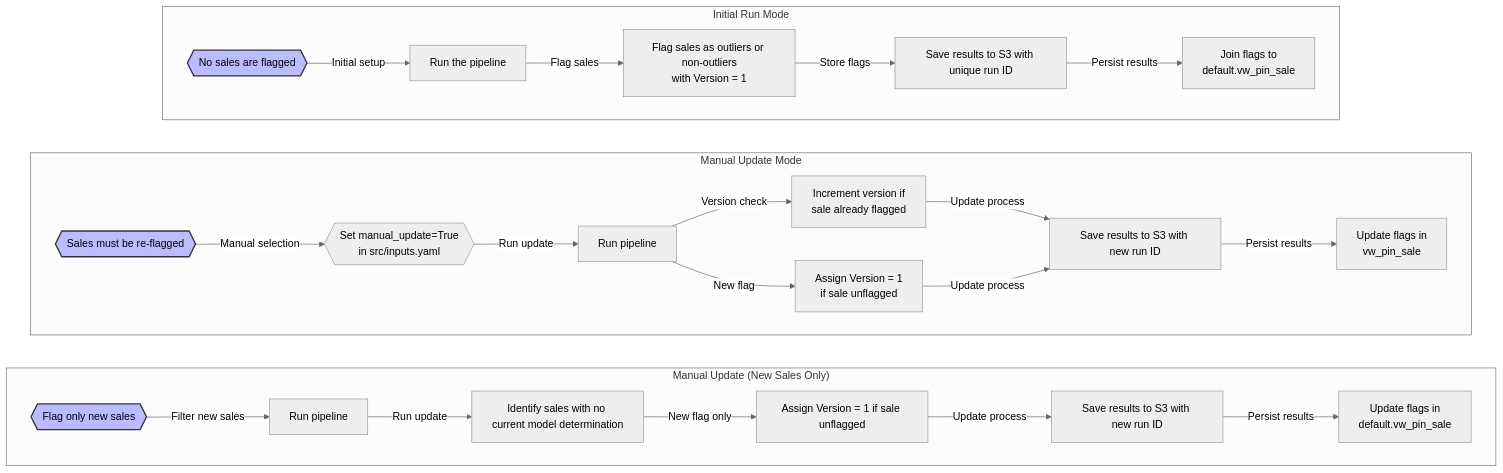
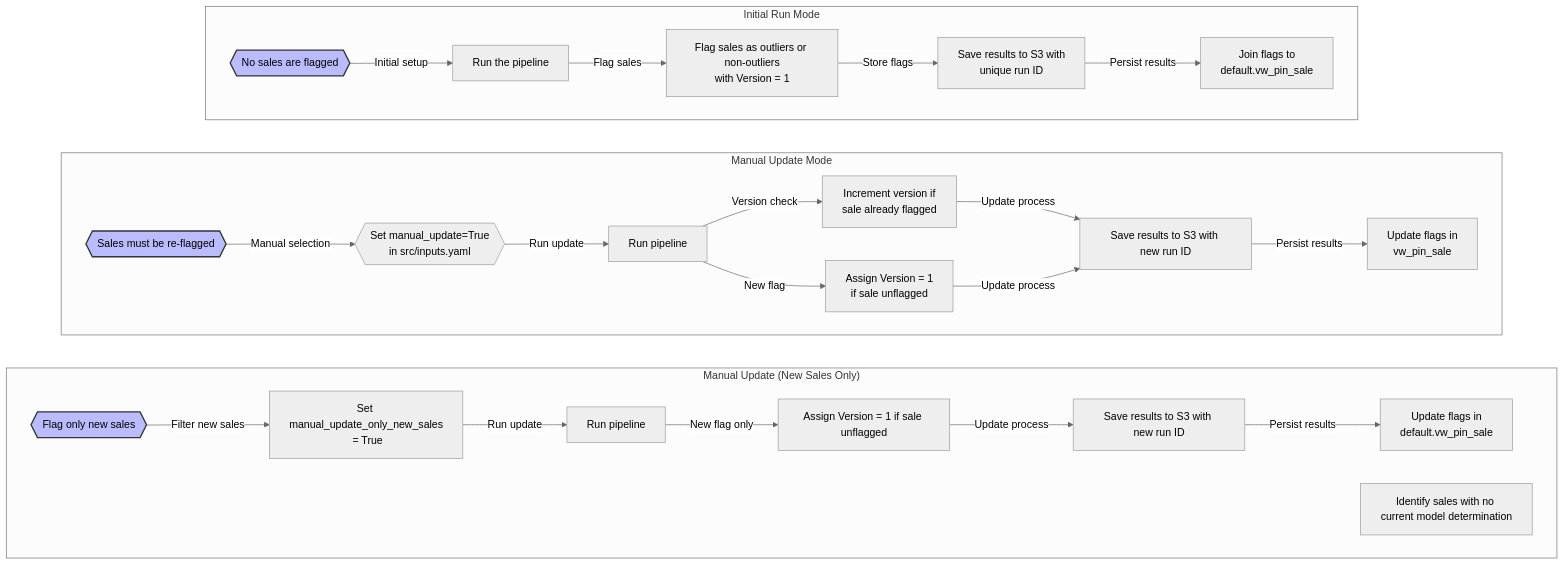
Before and after one commit to ccao-data/model-sales-val: the first of 2 diagrams in README.md, drawn with Mermaid (neutral theme).

Commit message:
Update mermaid

````diff
--- a/README.md
+++ b/README.md
@@ -93,58 +93,59 @@
 ```mermaid
 graph TB
     subgraph initial["Initial Run Mode"]
         direction LR
         A1{{"No sales are flagged"}}
         B1[Run the pipeline]
         C1[Flag sales as outliers or non-outliers<br>with Version = 1]
-        D1[Save results to S3 with unique run ID]
+        D1[Save results to S3 with <br>unique run ID]
         E1[Join flags to<br>default.vw_pin_sale]
 
         A1 -->|Initial setup| B1
         B1 -->|Flag sales| C1
         C1 -->|Store flags| D1
         D1 -->|Persist results| E1
     end
 
     subgraph manual["Manual Update Mode"]
         direction LR
         A3{{"Sales must be re-flagged"}}
         B3{{"Set manual_update=True<br> in src/inputs.yaml"}}
         C3[Run pipeline]
         D3[Increment version if <br>sale already flagged]
         E3[Assign Version = 1 <br>if sale unflagged]
         F3[Save results to S3 with new run ID]
         G3[Update flags in <br>vw_pin_sale]
 
         A3 -->|Manual selection| B3
         B3 -->|Run update| C3
         C3 -->|Version check| D3
         D3 -->|Update process| F3
         C3 -->|New flag| E3
         E3 -->|Update process| F3
         F3 -->|Persist results| G3
     end
 
     subgraph new_only["Manual Update (New Sales Only)"]
         direction LR
         A4{{"Flag only new sales"}}
-        B4[Run pipeline]
-        C4[Identify sales with no current model determination]
+        B4[Set manual_update_only_new_sales<br> = True]
+        C4[Run pipeline]
+        D4[Identify sales with no current model determination]
         E4[Assign Version = 1 if sale unflagged]
         F4[Save results to S3 with new run ID]
         G4[Update flags in <br>default.vw_pin_sale]
 
         A4 -->|Filter new sales| B4
         B4 -->|Run update| C4
         C4 -->|New flag only| E4
         E4 -->|Update process| F4
         F4 -->|Persist results| G4
     end
 
     initial ~~~ manual
     manual ~~~ new_only
 
     style A1 fill:#bbf,stroke:#333,stroke-width:2px,color:#000
     style A3 fill:#bbf,stroke:#333,stroke-width:2px,color:#000
     style A4 fill:#bbf,stroke:#333,stroke-width:2px,color:#000
 ```
````
